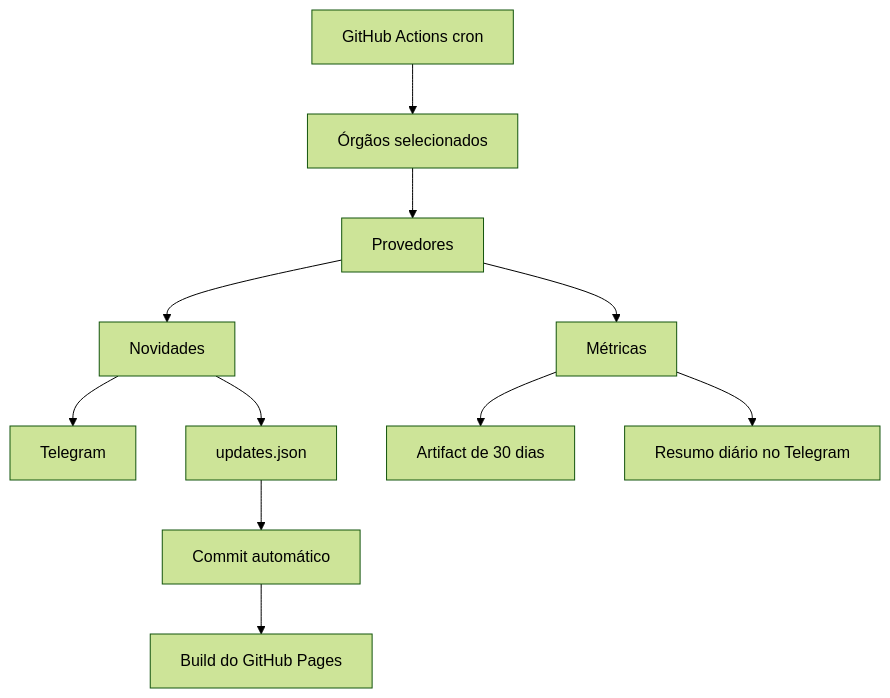
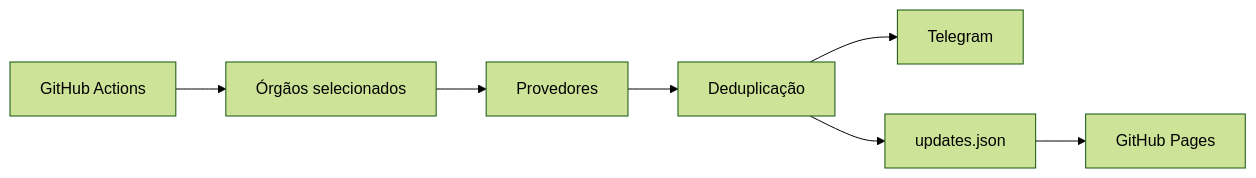
The third of 3 diagrams in documentation/architecture.md (osmarrcs/radar-concursos-ti), drawn with Mermaid (forest theme) before and after one commit. The commit also changed other lines of this file and 14 other files, not shown here.

````diff
--- a/documentation/architecture.md
+++ b/documentation/architecture.md
@@ -42,13 +38,9 @@
 ```mermaid
-flowchart TD
-    C[GitHub Actions cron] --> S[Órgãos selecionados]
-    S --> P[Provedores]
-    P --> M[Métricas]
-    P --> N[Novidades]
-    N --> T[Telegram]
-    N --> U[updates.json]
-    U --> G[Commit automático]
-    G --> B[Build do GitHub Pages]
-    M --> R[Artifact de 30 dias]
-    M --> D[Resumo diário no Telegram]
+flowchart LR
+  G[GitHub Actions] --> O[Órgãos selecionados]
+  O --> S[Provedores]
+  S --> D[Deduplicação]
+  D --> T[Telegram]
+  D --> U[updates.json]
+  U --> P[GitHub Pages]
 ```
````
